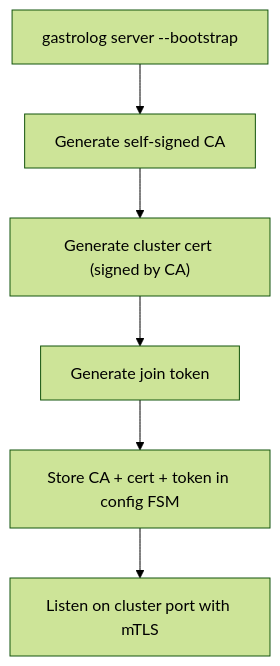
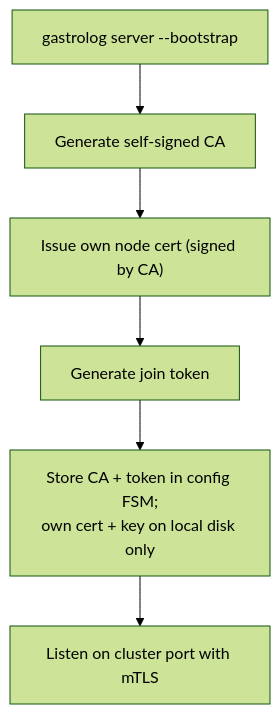
One commit to kluzzebass/gastrolog changed the second of 5 diagrams in docs/cluster_enrollment.md. Above: the diagram before and after it, drawn with Mermaid (forest theme). The commit also changed other lines of this file and 71 other files, not shown here.

````diff
--- a/docs/cluster_enrollment.md
+++ b/docs/cluster_enrollment.md
@@ -49,8 +50,8 @@
 ```mermaid
 flowchart TD
     Start["gastrolog server --bootstrap"] --> GenCA["Generate self-signed CA"]
-    GenCA --> GenCert["Generate cluster cert (signed by CA)"]
+    GenCA --> GenCert["Issue own node cert (signed by CA)"]
     GenCert --> GenToken["Generate join token"]
-    GenToken --> Store["Store CA + cert + token in config FSM"]
+    GenToken --> Store["Store CA + token in config FSM;<br>own cert + key on local disk only"]
     Store --> Listen["Listen on cluster port with mTLS"]
 ```
````
